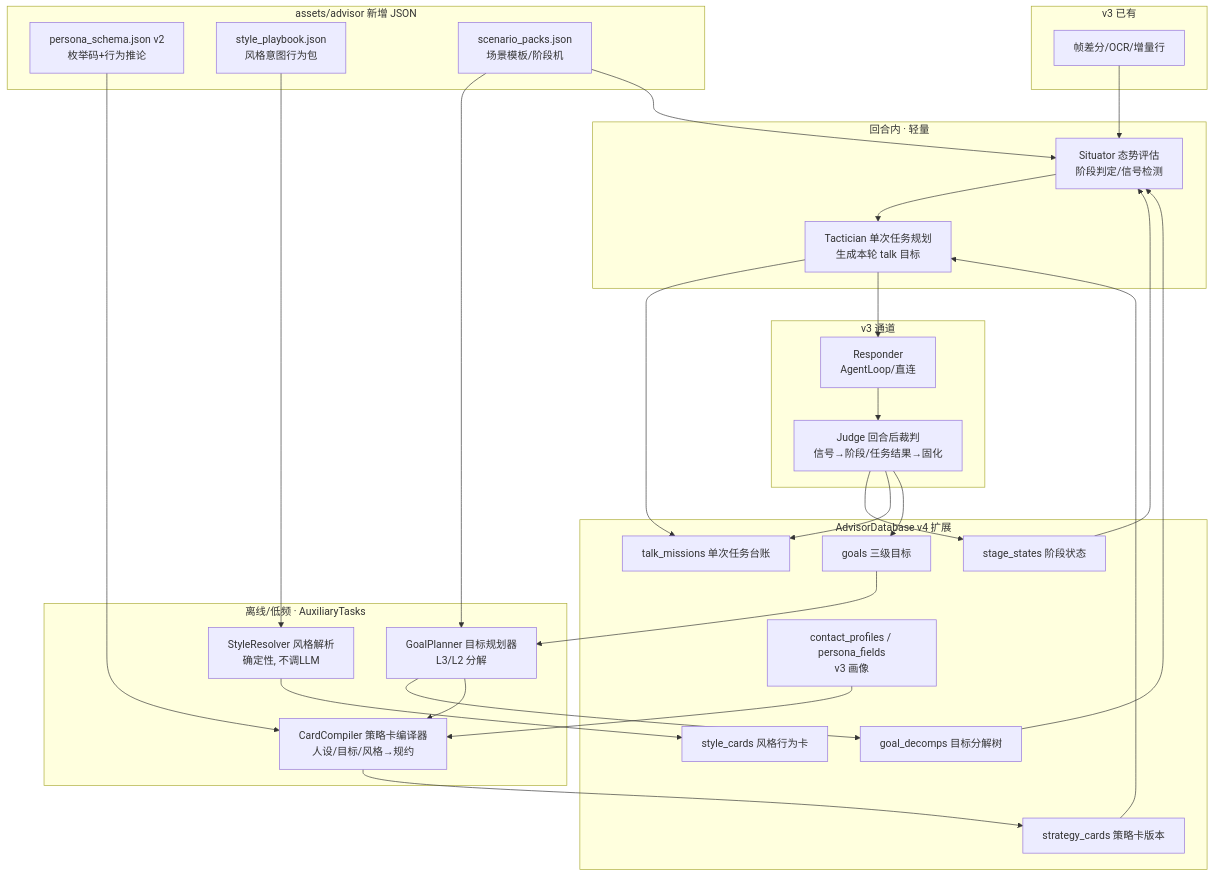
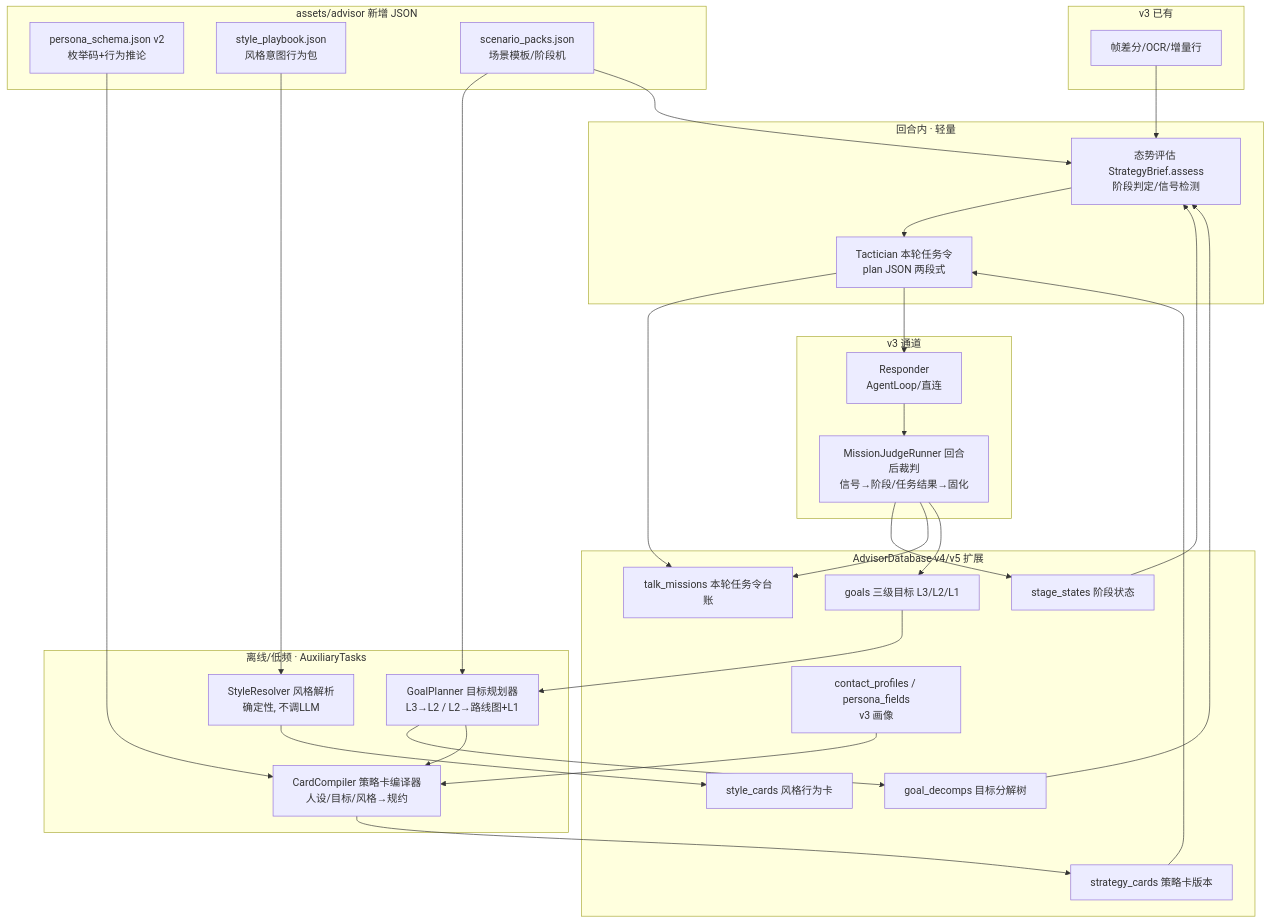
The diagram in docs/2026-10-15-智能优化增强的聊天策略方案.md (alwaysgot200/NovaBAIC), drawn with Mermaid before and after one commit. The commit also changed other lines of this file and 83 other files, not shown here.

First line of the commit message:
feat: 聊天策略 P2/P3 全量落地——三级目标、有向图阶段机与全量增强

````diff
--- a/docs/2026-10-15-智能优化增强的聊天策略方案.md
+++ b/docs/2026-10-15-智能优化增强的聊天策略方案.md
@@ -77,50 +92,50 @@
 ```mermaid
 flowchart TB
     subgraph 感知层[v3 已有]
         A[帧差分/OCR/增量行]
     end
-    subgraph 档案层[AdvisorDatabase v4 扩展]
+    subgraph 档案层[AdvisorDatabase v4/v5 扩展]
         B1[contact_profiles / persona_fields<br/>v3 画像]
-        B2[goals 三级目标]
+        B2[goals 三级目标 L3/L2/L1]
         B3[goal_decomps 目标分解树]
         B4[stage_states 阶段状态]
         B5[strategy_cards 策略卡版本]
-        B6[talk_missions 单次任务台账]
+        B6[talk_missions 本轮任务令台账]
         B7[style_cards 风格行为卡]
     end
     subgraph 资产层[assets/advisor 新增 JSON]
         C1[persona_schema.json v2<br/>枚举码+行为推论]
         C2[style_playbook.json<br/>风格意图行为包]
         C3[scenario_packs.json<br/>场景模板/阶段机]
     end
     subgraph 编译层[离线/低频 · AuxiliaryTasks]
-        D1[GoalPlanner 目标规划器<br/>L3/L2 分解]
+        D1[GoalPlanner 目标规划器<br/>L3→L2 / L2→路线图+L1]
         D2[CardCompiler 策略卡编译器<br/>人设/目标/风格→规约]
         D3[StyleResolver 风格解析<br/>确定性, 不调LLM]
     end
     subgraph 决策层[回合内 · 轻量]
-        E1[Situator 态势评估<br/>阶段判定/信号检测]
-        E2[Tactician 单次任务规划<br/>生成本轮 talk 目标]
+        E1[态势评估 StrategyBrief.assess<br/>阶段判定/信号检测]
+        E2[Tactician 本轮任务令<br/>plan JSON 两段式]
     end
     subgraph 执行层[v3 通道]
         F1[Responder<br/>AgentLoop/直连]
-        F2[Judge 回合后裁判<br/>信号→阶段/任务结果→固化]
+        F2[MissionJudgeRunner 回合后裁判<br/>信号→阶段/任务结果→固化]
     end
     A --> E1
     C1 --> D2
     C2 --> D3
     C3 --> D1
     C3 --> E1
     B1 --> D2
     B2 --> D1 --> B3
     D1 --> D2 --> B5
     D3 --> B7
     B3 --> E1
     B4 --> E1
     B5 --> E2
     E1 --> E2 --> B6
     E2 --> F1 --> F2
     F2 --> B4
     F2 --> B6
     F2 --> B2
 ```
````
